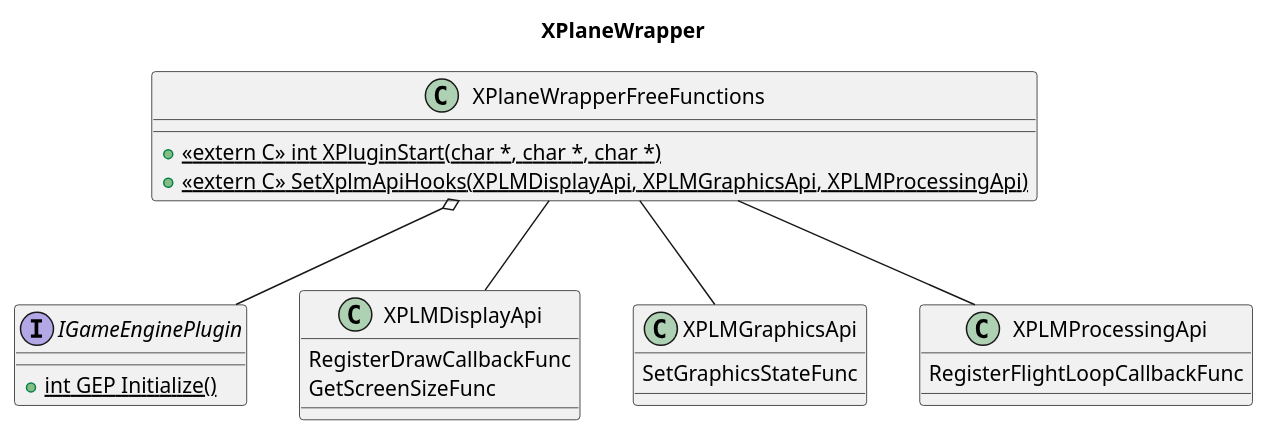
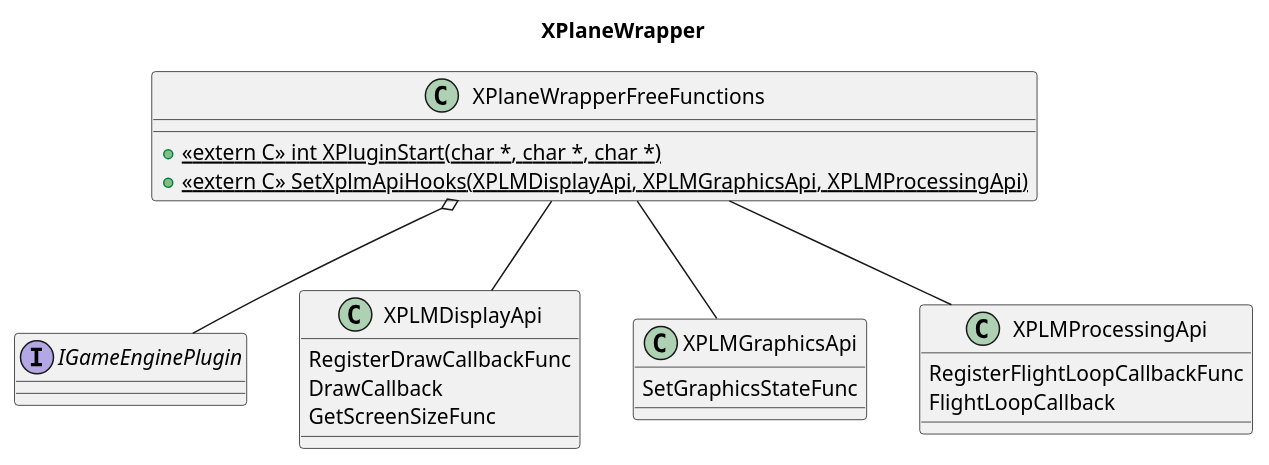
One commit to stevostj/Sandbox changed the diagram in GameEnginePlugin/Docs/SourceDiagrams/GameEnginePlugin-XPlaneWrapper-Class.plantuml. Above: the diagram before and after it, drawn with PlantUML. The commit also changed 10 other files, not shown here.

```diff
--- a/GameEnginePlugin/Docs/SourceDiagrams/GameEnginePlugin-XPlaneWrapper-Class.plantuml
+++ b/GameEnginePlugin/Docs/SourceDiagrams/GameEnginePlugin-XPlaneWrapper-Class.plantuml
@@ -1,34 +1,35 @@
 @startuml
 
 title "XPlaneWrapper"
 
 interface "IGameEnginePlugin"  as IGEP {
-    + {static} int GEP Initialize()
 }
 
 class "XPLMDisplayApi" as XDA {
   RegisterDrawCallbackFunc
+  DrawCallback
   GetScreenSizeFunc
 }
 
 class "XPLMGraphicsApi" as XGA {
   SetGraphicsStateFunc
 }
 
 class "XPLMProcessingApi" as XPA {
   RegisterFlightLoopCallbackFunc
+  FlightLoopCallback
 }
 
 class "XPlaneWrapperFreeFunctions"  as XPW {
     + {static} <<extern C>> int XPluginStart(char *, char *, char *)
     + {static} <<extern C>> SetXplmApiHooks(XPLMDisplayApi, XPLMGraphicsApi, XPLMProcessingApi)
 }
 
 XPW o-- IGEP
 
 XPW -- XDA
 XPW -- XGA
 XPW -- XPA
 
 
 @enduml
```
